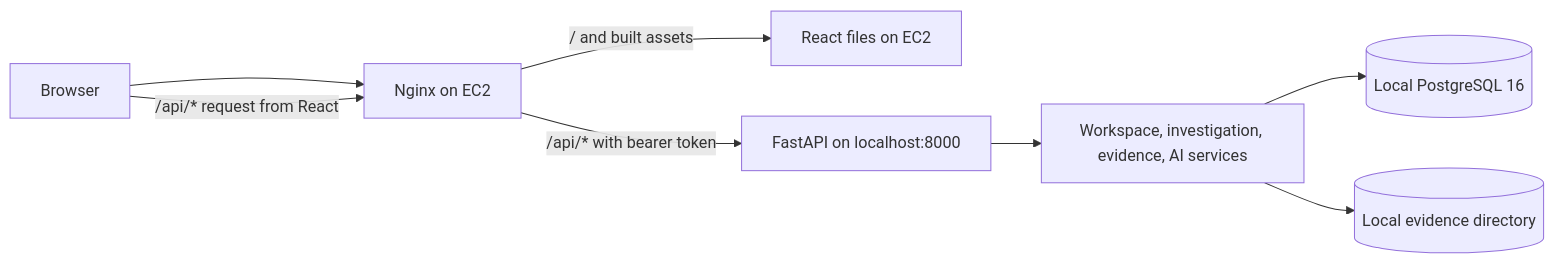
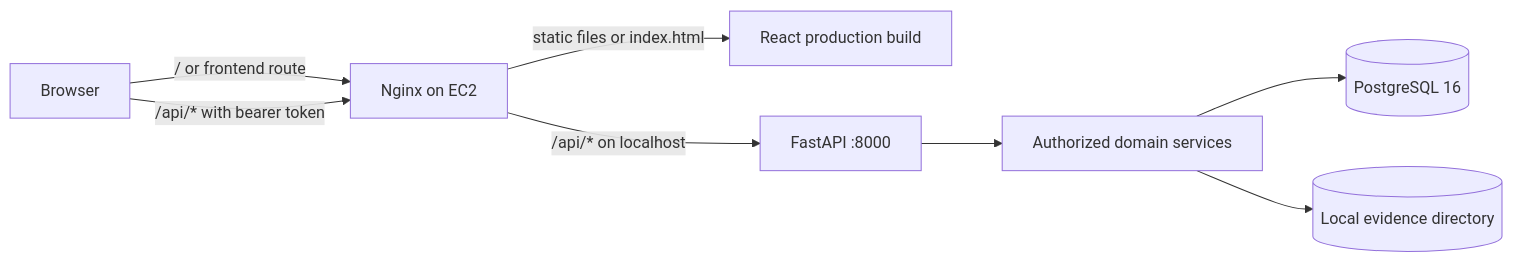
The second of 4 diagrams in README.md (shikhar-sahay/provena), drawn with Mermaid before and after one commit. The commit also changed other lines of this file and 6 other files, not shown here.

Commit message:
docs: unify Provena documentation around product architecture

````diff
--- a/README.md
+++ b/README.md
@@ -88,10 +41,10 @@
 ```mermaid
 flowchart LR
-    B[Browser] --> N[Nginx on EC2]
-    N -->|"/ and built assets"| STATIC[React files on EC2]
-    N -->|"/api/* with bearer token"| API[FastAPI on localhost:8000]
-    API --> SVC[Workspace, investigation, evidence, AI services]
-    SVC --> PG[(Local PostgreSQL 16)]
+    B[Browser] -->|"/ or frontend route"| N[Nginx on EC2]
+    N -->|static files or index.html| SPA[React production build]
+    B -->|"/api/* with bearer token"| N
+    N -->|"/api/* on localhost"| API[FastAPI :8000]
+    API --> SVC[Authorized domain services]
+    SVC --> PG[(PostgreSQL 16)]
     SVC --> EVID[(Local evidence directory)]
-    B -->|"/api/* request from React"| N
 ```
````
